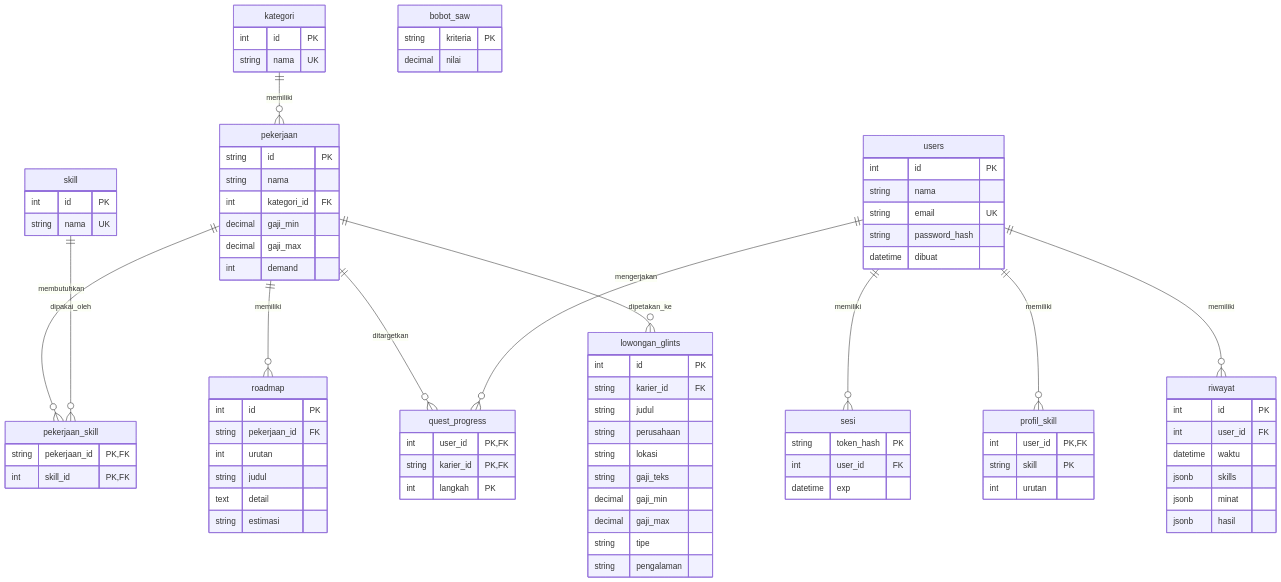
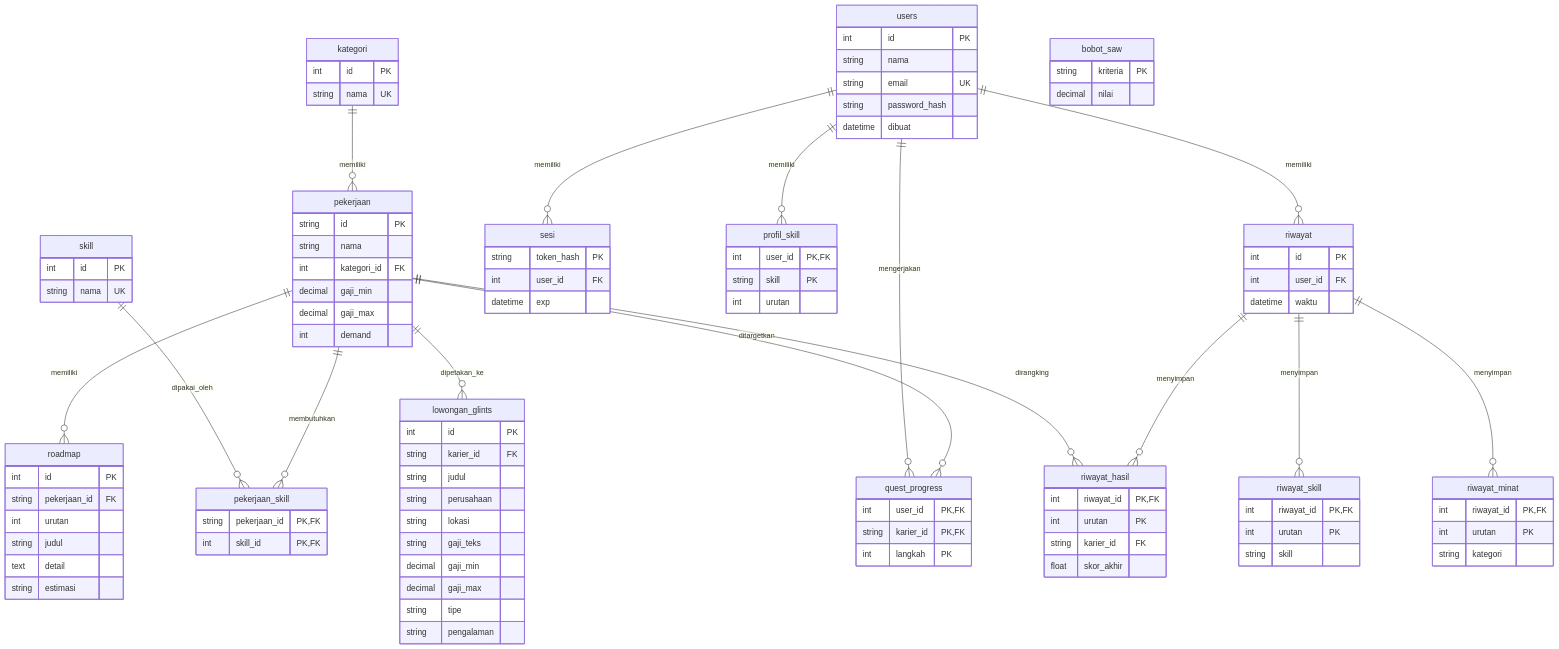
One commit to gvhaidar-bot/metode-penelitian changed the diagram in docs/erd.md. Above: the diagram before and after it, drawn with Mermaid. The commit also changed other lines of this file and 3 other files, not shown here.

Commit message:
Riwayat 3NF murni: pecah JSONB jadi riwayat_skill/minat/hasil (15 tabel, tanpa JSONB)

````diff
--- a/docs/erd.md
+++ b/docs/erd.md
@@ -19,6 +20,10 @@
     users ||--o{ profil_skill : memiliki
     users ||--o{ quest_progress : mengerjakan
     users ||--o{ riwayat : memiliki
+    riwayat ||--o{ riwayat_skill : menyimpan
+    riwayat ||--o{ riwayat_minat : menyimpan
+    riwayat ||--o{ riwayat_hasil : menyimpan
+    pekerjaan ||--o{ riwayat_hasil : dirangking
 
     kategori {
         int id PK
@@ -90,8 +95,21 @@
         int id PK
         int user_id FK
         datetime waktu
-        jsonb skills
-        jsonb minat
-        jsonb hasil
+    }
+    riwayat_skill {
+        int riwayat_id PK,FK
+        int urutan PK
+        string skill
+    }
+    riwayat_minat {
+        int riwayat_id PK,FK
+        int urutan PK
+        string kategori
+    }
+    riwayat_hasil {
+        int riwayat_id PK,FK
+        int urutan PK
+        string karier_id FK
+        float skor_akhir
     }
 ```
````
